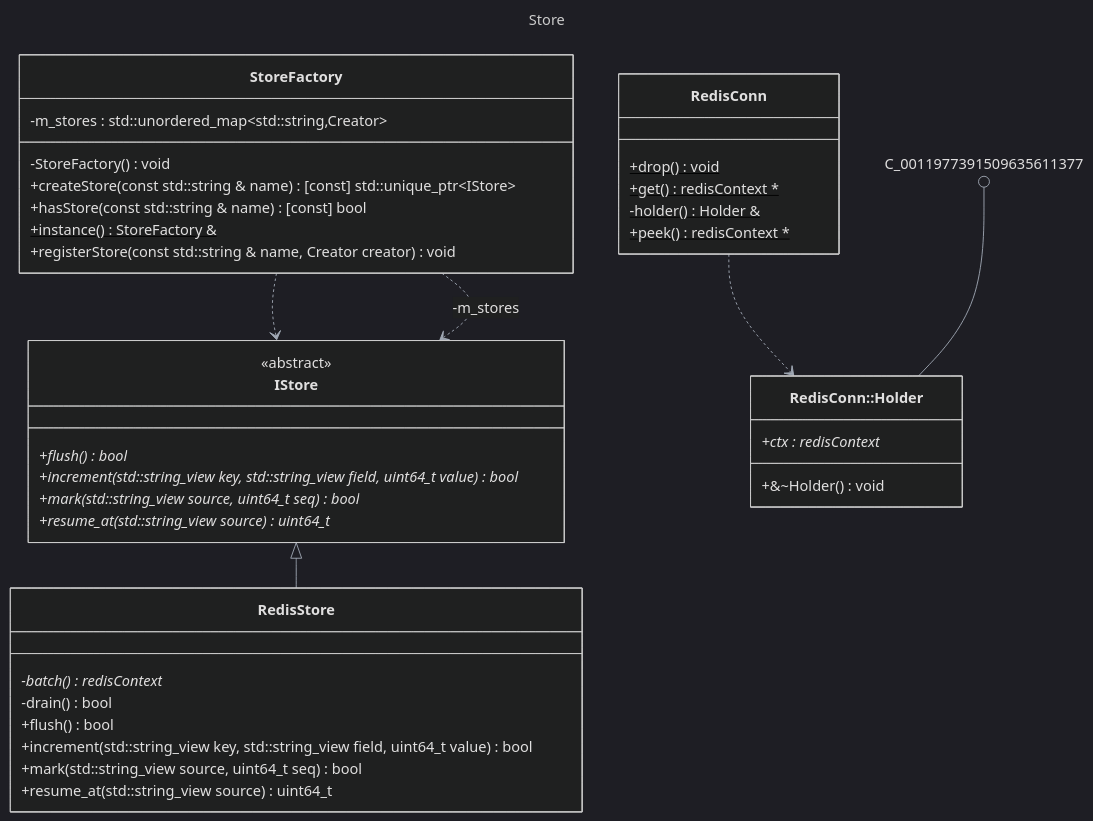
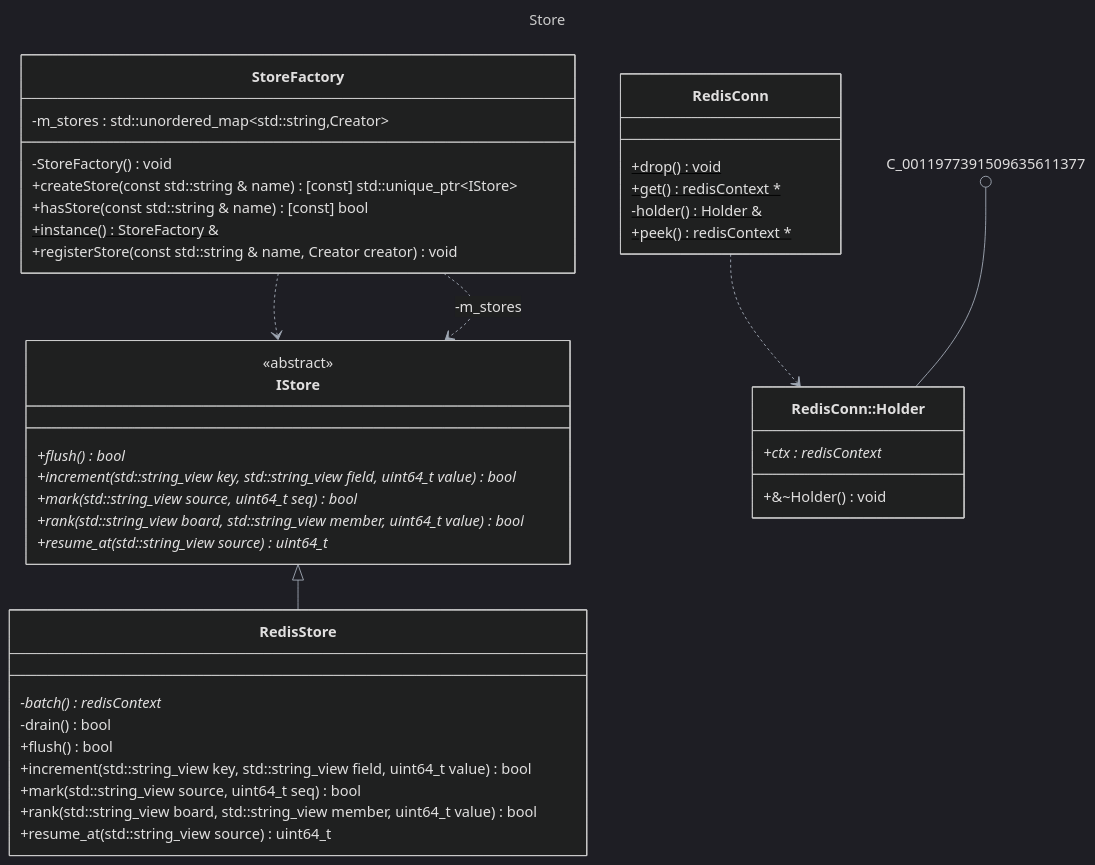
The eighth of 8 diagrams in docs/Class_Diagrams.md (shalom2552/cdr-processor), drawn with Mermaid before and after one commit. The commit also changed other lines of this file and 58 other files, not shown here.

````diff
--- a/docs/Class_Diagrams.md
+++ b/docs/Class_Diagrams.md
@@ -667,51 +798,53 @@
 ```mermaid
 ---
 title: Store
 ---
 %%{init: {"theme": "dark", "themeVariables": {"lineColor": "#a0a8b4"}}}%%
 classDiagram
     class C_0012987976901397680227["IStore"]
     class C_0012987976901397680227 {
         <<abstract>>
         +flush() bool*
         +increment(std::string_view key, std::string_view field, uint64_t value) bool*
         +mark(std::string_view source, uint64_t seq) bool*
+        +rank(std::string_view board, std::string_view member, uint64_t value) bool*
         +resume_at(std::string_view source) uint64_t*
     }
     class C_0011977391509635611377["RedisConn"]
     class C_0011977391509635611377 {
         +drop() void$
         +get() redisContext *$
         -holder() Holder &$
         +peek() redisContext *$
     }
     class C_0017910353137964553875["RedisConn::Holder"]
     class C_0017910353137964553875 {
         +&#126;Holder() void
         +ctx : redisContext *
     }
     class C_0002612628033574347004["StoreFactory"]
     class C_0002612628033574347004 {
         -StoreFactory() void
         +createStore(const std::string & name) [const] std::unique_ptr&lt;IStore&gt;
         +hasStore(const std::string & name) [const] bool
         +instance() StoreFactory &$
         +registerStore(const std::string & name, Creator creator) void
         -m_stores : std::unordered_map&lt;std::string,Creator&gt;
     }
     class C_0009211040578075549081["RedisStore"]
     class C_0009211040578075549081 {
         -batch() redisContext *
         -drain() bool
         +flush() bool
         +increment(std::string_view key, std::string_view field, uint64_t value) bool
         +mark(std::string_view source, uint64_t seq) bool
+        +rank(std::string_view board, std::string_view member, uint64_t value) bool
         +resume_at(std::string_view source) uint64_t
     }
     C_0011977391509635611377 ..> C_0017910353137964553875 : 
     C_0011977391509635611377 ()-- C_0017910353137964553875 : 
     C_0002612628033574347004 ..> C_0012987976901397680227 : 
     C_0002612628033574347004 ..> C_0012987976901397680227 : -m_stores
     C_0012987976901397680227 <|-- C_0009211040578075549081 : 
 
 ```
````
